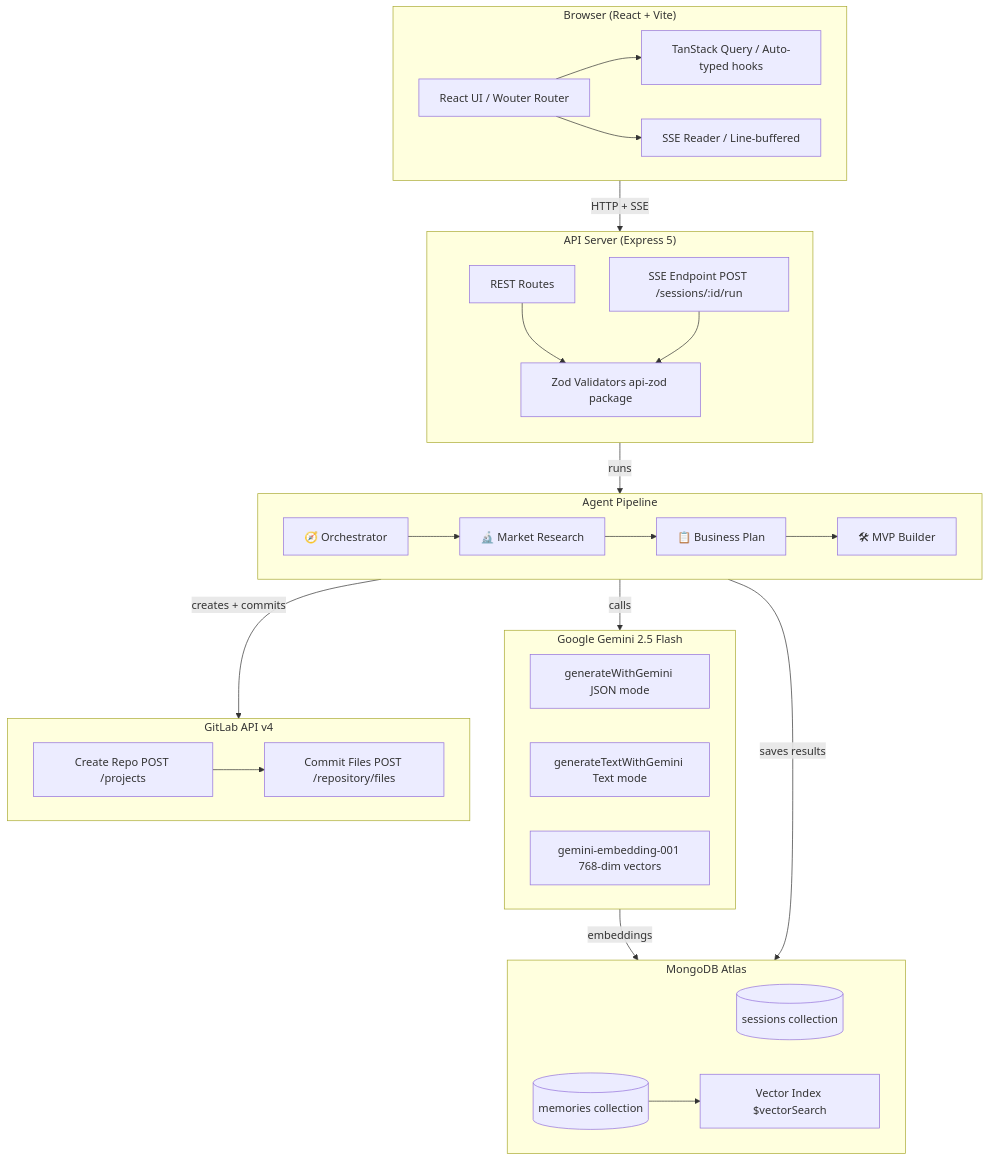
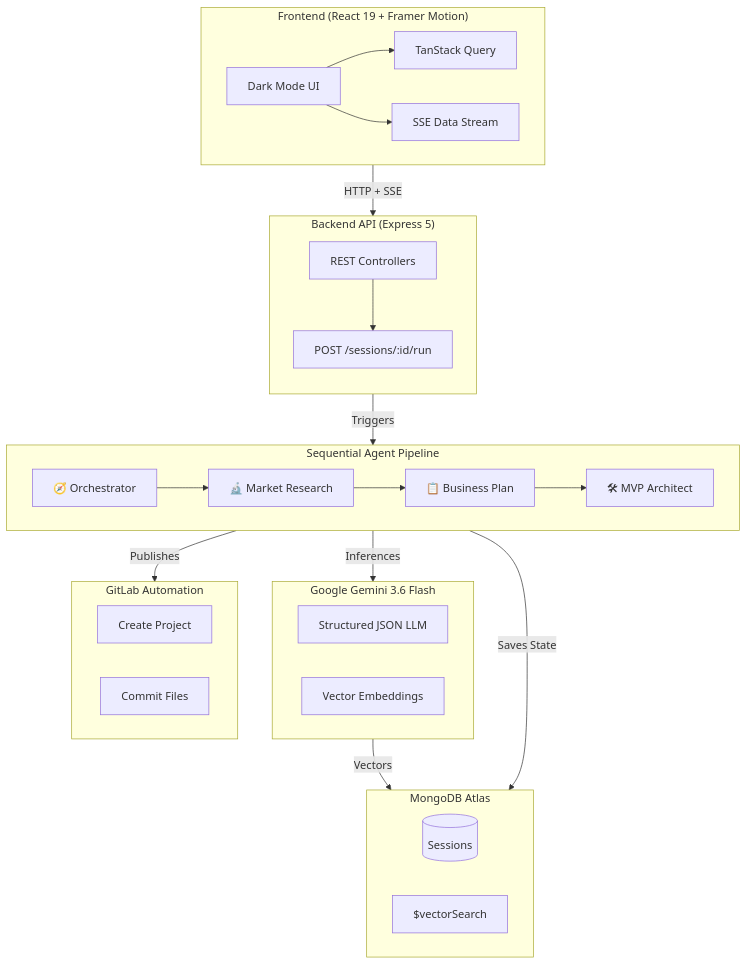
The diagram in README.md (muhammad-hameed-ai/FounderAI), drawn with Mermaid before and after one commit. The commit also changed other lines of this file, not shown here.

````diff
--- a/README.md
+++ b/README.md
@@ -92,54 +67,48 @@
 ```mermaid
 graph TB
-    subgraph Browser["Browser (React + Vite)"]
-        UI["React UI / Wouter Router"]
-        RQ["TanStack Query / Auto-typed hooks"]
-        SSE["SSE Reader / Line-buffered"]
+    subgraph Browser["Frontend (React 19 + Framer Motion)"]
+        UI["Dark Mode UI"]
+        RQ["TanStack Query"]
+        SSE["SSE Data Stream"]
         UI --> RQ
         UI --> SSE
     end
 
-    subgraph API["API Server (Express 5)"]
+    subgraph API["Backend API (Express 5)"]
         direction TB
-        ROUTES["REST Routes"]
-        STREAM["SSE Endpoint POST /sessions/:id/run"]
-        ZOD["Zod Validators api-zod package"]
-        ROUTES --> ZOD
-        STREAM --> ZOD
+        ROUTES["REST Controllers"]
+        STREAM["POST /sessions/:id/run"]
+        ROUTES --> STREAM
     end
 
-    subgraph Agents["Agent Pipeline"]
+    subgraph Agents["Sequential Agent Pipeline"]
         direction LR
         O["🧭 Orchestrator"]
         R["🔬 Market Research"]
         B["📋 Business Plan"]
-        M["🛠 MVP Builder"]
+        M["🛠 MVP Architect"]
         O --> R --> B --> M
     end
 
-    subgraph Gemini["Google Gemini 2.5 Flash"]
-        GEN["generateWithGemini JSON mode"]
-        TEXT["generateTextWithGemini Text mode"]
-        EMBED["gemini-embedding-001 768-dim vectors"]
+    subgraph Gemini["Google Gemini 3.6 Flash"]
+        GEN["Structured JSON LLM"]
+        EMBED["Vector Embeddings"]
     end
 
     subgraph Storage["MongoDB Atlas"]
-        SESSIONS[("sessions collection")]
-        MEMORIES[("memories collection")]
-        VECTOR["Vector Index $vectorSearch"]
-        MEMORIES --> VECTOR
+        SESSIONS[("Sessions")]
+        VECTOR["$vectorSearch"]
     end
 
-    subgraph GitLab["GitLab API v4"]
-        REPO["Create Repo POST /projects"]
-        COMMIT["Commit Files POST /repository/files"]
-        REPO --> COMMIT
+    subgraph GitLab["GitLab Automation"]
+        REPO["Create Project"]
+        COMMIT["Commit Files"]
     end
 
     Browser -->|HTTP + SSE| API
-    STREAM -->|runs| Agents
-    Agents -->|calls| Gemini
-    Gemini -->|embeddings| Storage
-    Agents -->|saves results| Storage
-    M -->|creates + commits| GitLab
+    STREAM -->|Triggers| Agents
+    Agents -->|Inferences| Gemini
+    Gemini -->|Vectors| Storage
+    Agents -->|Saves State| Storage
+    M -->|Publishes| GitLab
 ```
````
